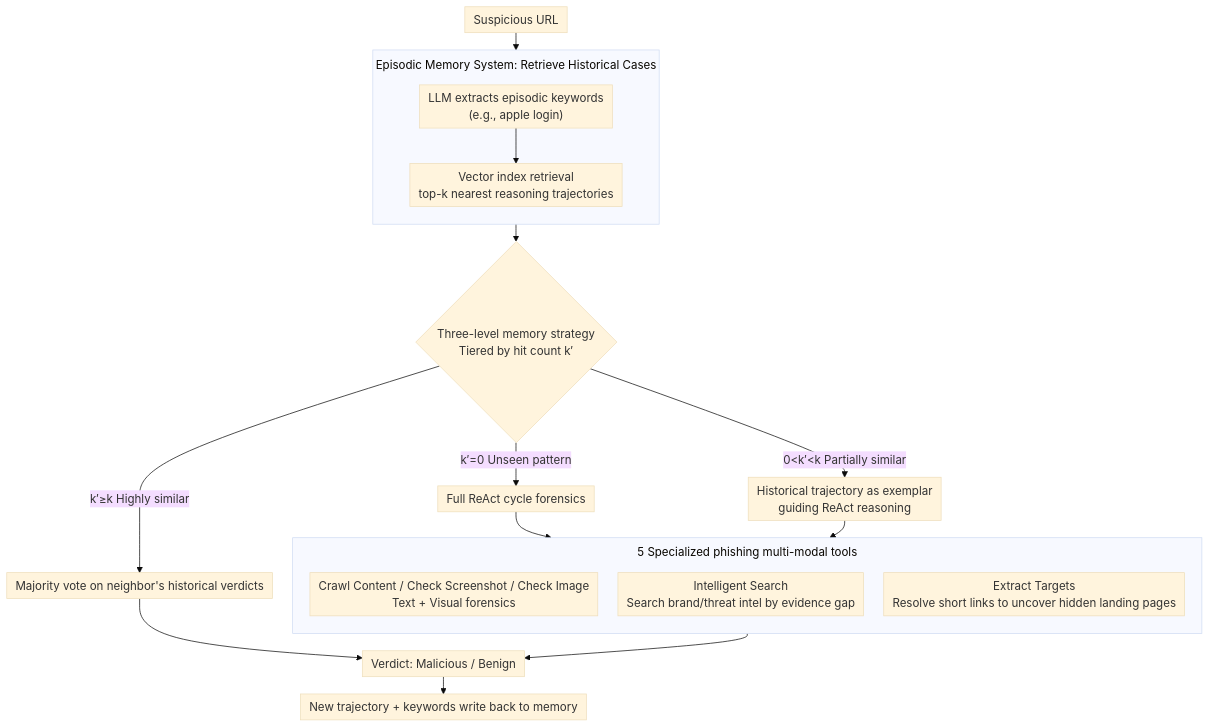
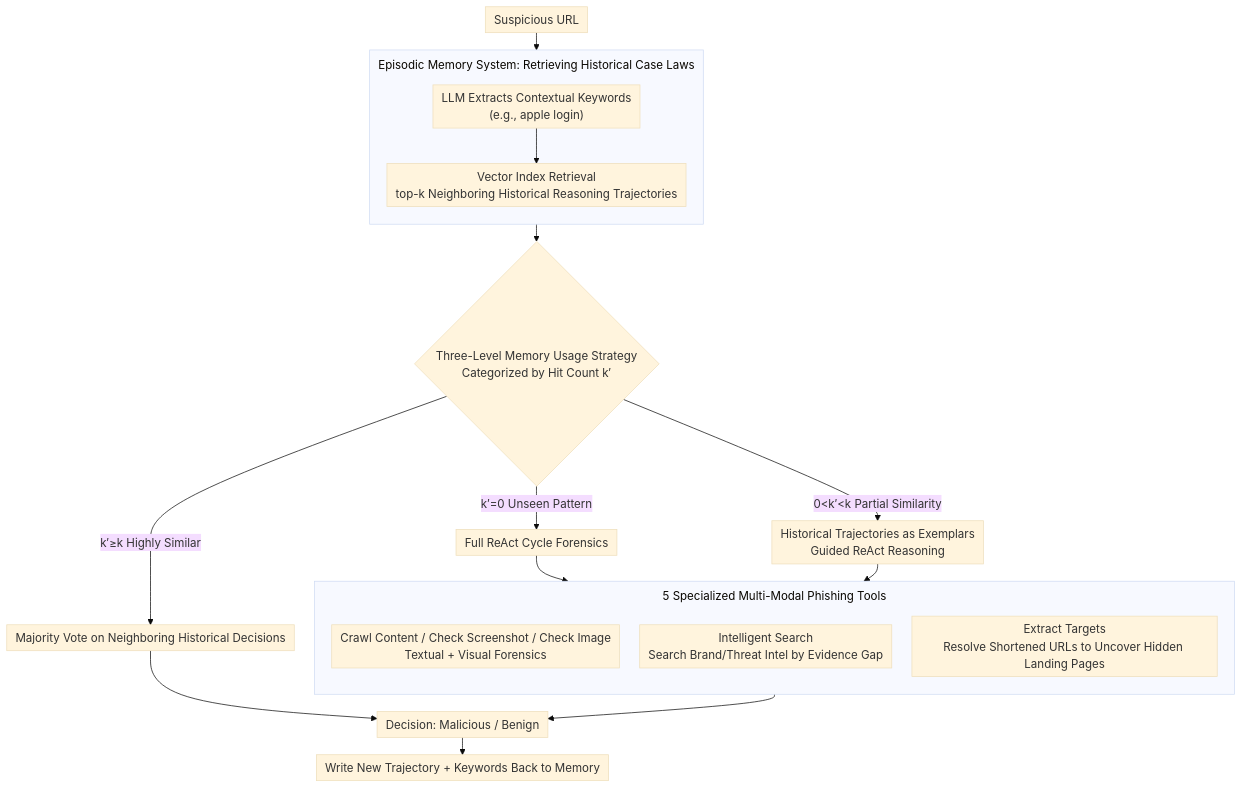
One commit to zhaoyang97/Paper-Notes-en changed the diagram in docs/ACL2026/llm_safety/memophishagent_memory-augmented_multi-modal_llm_agent_for_phishing_url_detection.md. Above: the diagram before and after it, drawn with Mermaid (base theme). The commit also changed other lines of this file and 5084 other files, not shown here.

````diff
--- a/docs/ACL2026/llm_safety/memophishagent_memory-augmented_multi-modal_llm_agent_for_phishing_url_detection.md
+++ b/docs/ACL2026/llm_safety/memophishagent_memory-augmented_multi-modal_llm_agent_for_phishing_url_detection.md
@@ -44,24 +44,24 @@
 ```mermaid
 %%{init: {'flowchart': {'rankSpacing': 24, 'nodeSpacing': 28, 'padding': 6, 'wrappingWidth': 400, 'subGraphTitleMargin': {'top': 8, 'bottom': 16}}}}%%
 flowchart TD
     A["Suspicious URL"] --> MEM
-    subgraph MEM["Episodic Memory System: Retrieve Historical Cases"]
+    subgraph MEM["Episodic Memory System: Retrieving Historical Case Laws"]
         direction TB
-        B["LLM extracts episodic keywords<br/>(e.g., apple login)"] --> C["Vector index retrieval<br/>top-k nearest reasoning trajectories"]
+        B["LLM Extracts Contextual Keywords<br/>(e.g., apple login)"] --> C["Vector Index Retrieval<br/>top-k Neighboring Historical Reasoning Trajectories"]
     end
-    MEM --> D{"Three-level memory strategy<br/>Tiered by hit count k′"}
-    D -->|"k′=0 Unseen pattern"| E["Full ReAct cycle forensics"]
-    D -->|"0&lt;k′&lt;k Partially similar"| F["Historical trajectory as exemplar<br/>guiding ReAct reasoning"]
-    D -->|"k′≥k Highly similar"| G["Majority vote on neighbor's historical verdicts"]
-    subgraph TOOLS["5 Specialized phishing multi-modal tools"]
+    MEM --> D{"Three-Level Memory Usage Strategy<br/>Categorized by Hit Count k′"}
+    D -->|"k′=0 Unseen Pattern"| E["Full ReAct Cycle Forensics"]
+    D -->|"0&lt;k′&lt;k Partial Similarity"| F["Historical Trajectories as Exemplars<br/>Guided ReAct Reasoning"]
+    D -->|"k′≥k Highly Similar"| G["Majority Vote on Neighboring Historical Decisions"]
+    subgraph TOOLS["5 Specialized Multi-Modal Phishing Tools"]
         direction TB
-        T1["Crawl Content / Check Screenshot / Check Image<br/>Text + Visual forensics"]
-        T2["Intelligent Search<br/>Search brand/threat intel by evidence gap"]
-        T3["Extract Targets<br/>Resolve short links to uncover hidden landing pages"]
+        T1["Crawl Content / Check Screenshot / Check Image<br/>Textual + Visual Forensics"]
+        T2["Intelligent Search<br/>Search Brand/Threat Intel by Evidence Gap"]
+        T3["Extract Targets<br/>Resolve Shortened URLs to Uncover Hidden Landing Pages"]
     end
     E --> TOOLS
     F --> TOOLS
-    TOOLS --> H["Verdict: Malicious / Benign"]
+    TOOLS --> H["Decision: Malicious / Benign"]
     G --> H
-    H --> I["New trajectory + keywords write back to memory"]
+    H --> I["Write New Trajectory + Keywords Back to Memory"]
 ```
````
